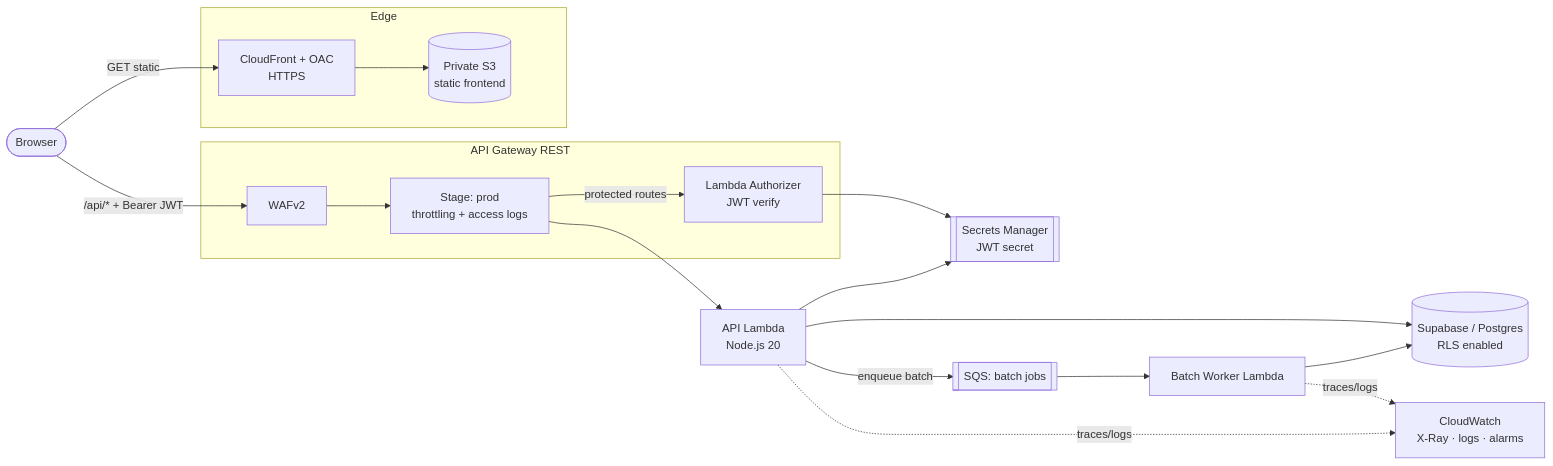
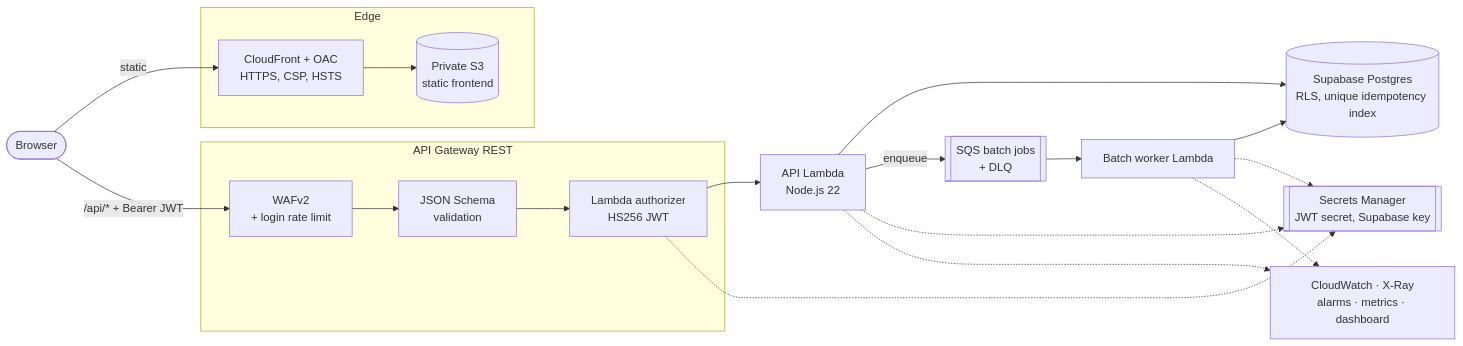
Before and after one commit to 4Min4m/TransactionSimulator: the second of 3 diagrams in README.md, drawn with Mermaid. The commit also changed other lines of this file, not shown here.

````diff
--- a/README.md
+++ b/README.md
@@ -47,31 +122,29 @@
 ```mermaid
 flowchart LR
     User([Browser])
     subgraph Edge
-      CF[CloudFront + OAC<br/>HTTPS]
+      CF[CloudFront + OAC<br/>HTTPS, CSP, HSTS]
       S3[(Private S3<br/>static frontend)]
     end
     subgraph API[API Gateway REST]
-      WAF[WAFv2]
-      AUTH[Lambda Authorizer<br/>JWT verify]
-      GW[Stage: prod<br/>throttling + access logs]
+      WAF[WAFv2<br/>+ login rate limit]
+      VAL[JSON Schema<br/>validation]
+      AUTH[Lambda authorizer<br/>HS256 JWT]
     end
-    LMB[API Lambda<br/>Node.js 20]
-    Q[[SQS: batch jobs]]
-    WRK[Batch Worker Lambda]
-    SM[[Secrets Manager<br/>JWT secret]]
-    DB[(Supabase / Postgres<br/>RLS enabled)]
-    OBS[CloudWatch<br/>X-Ray · logs · alarms]
+    LMB[API Lambda<br/>Node.js 22]
+    Q[[SQS batch jobs<br/>+ DLQ]]
+    WRK[Batch worker Lambda]
+    SM[[Secrets Manager<br/>JWT secret, Supabase key]]
+    DB[(Supabase Postgres<br/>RLS, unique idempotency index)]
+    OBS[CloudWatch · X-Ray<br/>alarms · metrics · dashboard]
 
-    User -->|GET static| CF --> S3
-    User -->|/api/* + Bearer JWT| WAF --> GW
-    GW -->|protected routes| AUTH
-    GW --> LMB
-    LMB --> SM
+    User -->|static| CF --> S3
+    User -->|/api/* + Bearer JWT| WAF --> VAL --> AUTH --> LMB
     LMB --> DB
-    LMB -->|enqueue batch| Q --> WRK
-    WRK --> DB
-    LMB -.traces/logs.-> OBS
-    WRK -.traces/logs.-> OBS
-    AUTH --> SM
+    LMB -->|enqueue| Q --> WRK --> DB
+    AUTH -.-> SM
+    LMB -.-> SM
+    WRK -.-> SM
+    LMB -.-> OBS
+    WRK -.-> OBS
 ```
````
